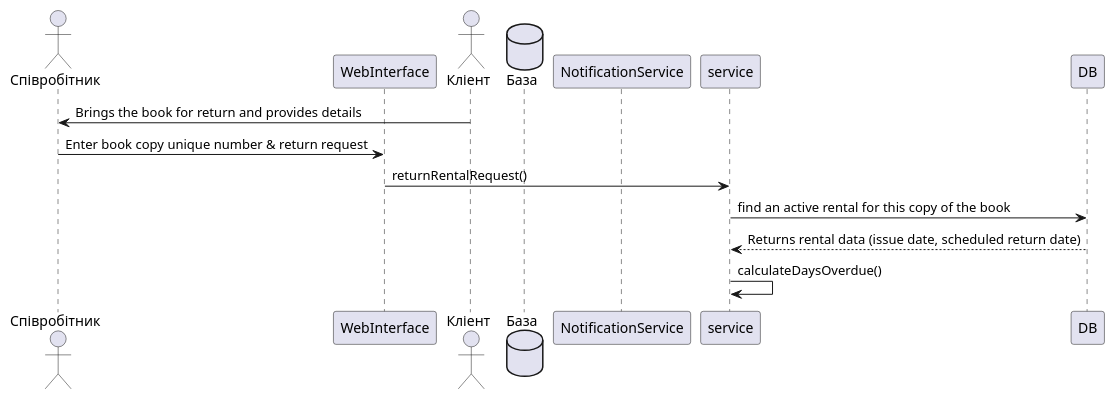
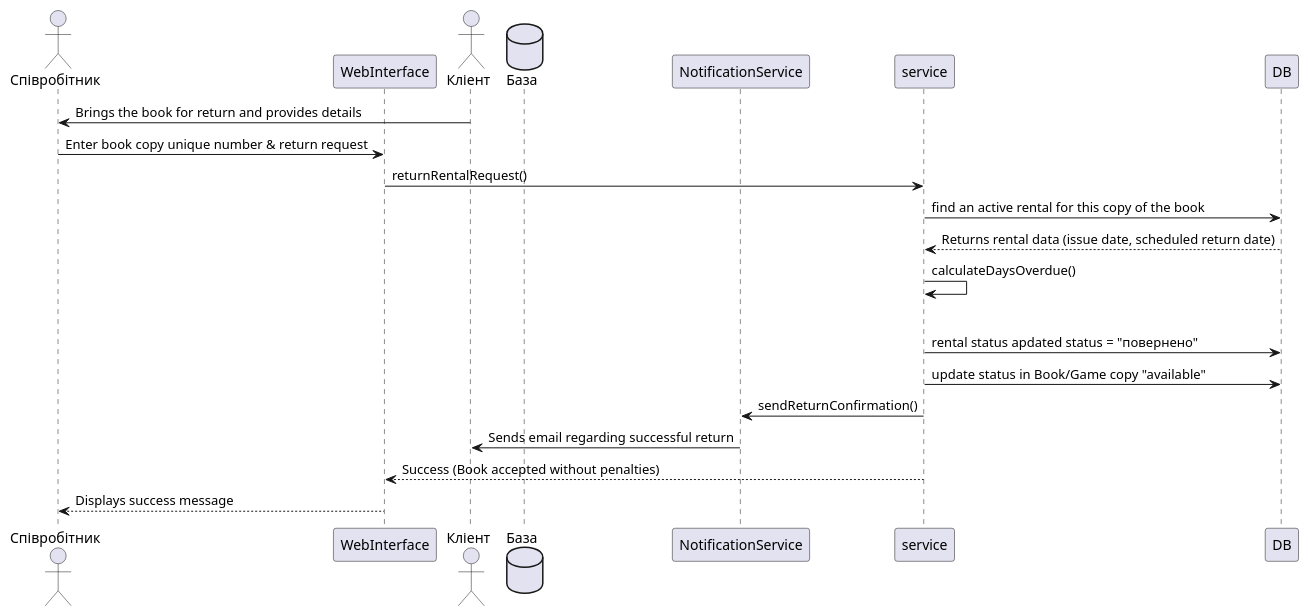
One commit to sofiakiosova37-boop/bookshop_kpi2 changed the second of 2 diagrams in task3/sequence.puml. Above: the diagram before and after it, drawn with PlantUML.

Commit message:
first succesfull scenarion in part 2 added

```diff
--- a/task3/sequence.puml
+++ b/task3/sequence.puml
@@ -61,15 +61,24 @@
 @startuml
 actor Співробітник as staff 
 participant WebInterface as ui
 actor Кліент as customer
 database База as Database
 participant NotificationService as notif
 
 customer -> staff: Brings the book for return and provides details
 staff -> ui: Enter book copy unique number & return request
 ui -> service: returnRentalRequest()
 service -> DB: find an active rental for this copy of the book
 service <-- DB: Returns rental data (issue date, scheduled return date)
 service -> service: calculateDaysOverdue() 
 
+alt deadline not exceeded (on-time return)
+    service -> DB: rental status apdated status = "повернено"
+    service -> DB: update status in Book/Game copy "available" 
+    service -> notif: sendReturnConfirmation()
+    notif -> customer: Sends email regarding successful return
+    ui <-- service: Success (Book accepted without penalties)
+    staff <-- ui: Displays success message
+
+
 @enduml
```
